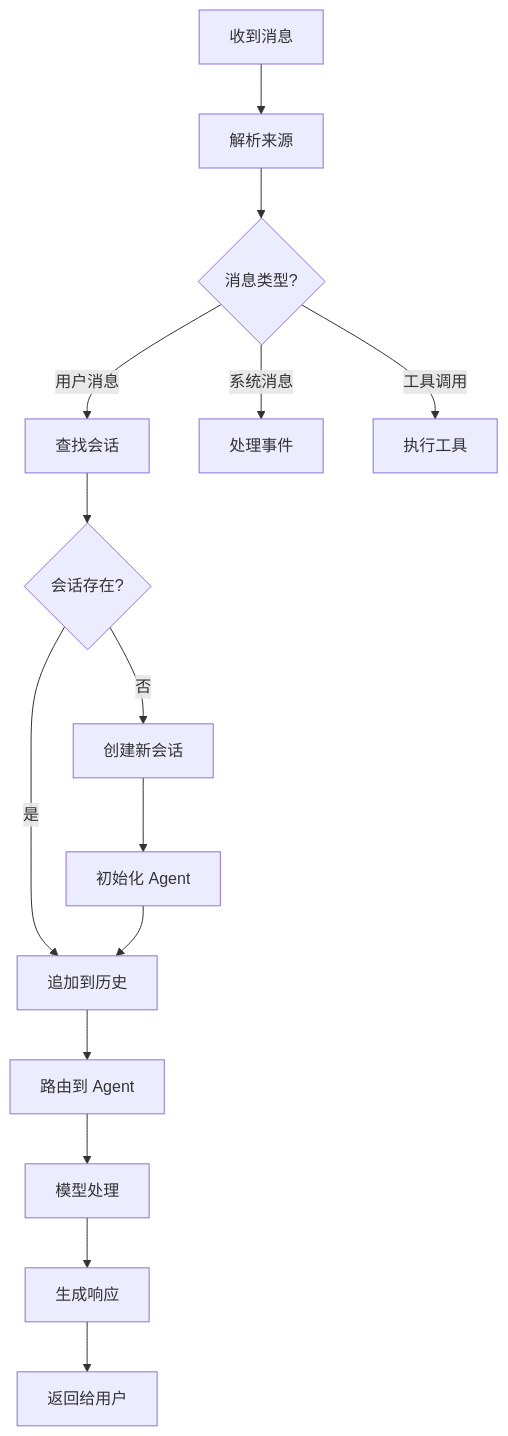
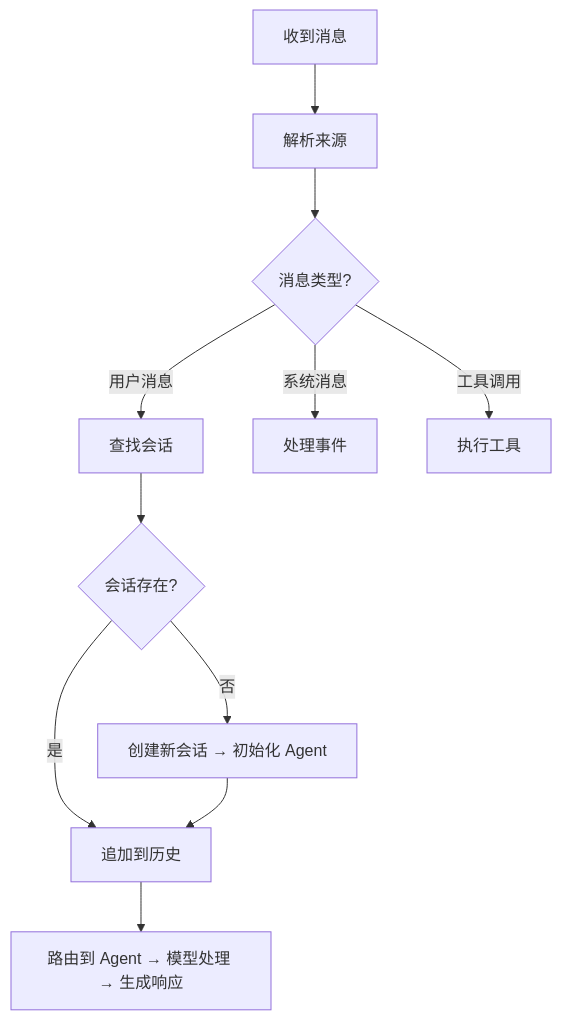
Before and after one commit to caicongyang/bloger: the eighth of 19 diagrams in openclaw/FAQ.md, drawn with Mermaid. The commit also changed other lines of this file and 13 other files, not shown here.

````diff
--- a/openclaw/FAQ.md
+++ b/openclaw/FAQ.md
@@ -514,19 +442,13 @@
 ```mermaid
 flowchart TD
     A[收到消息] --> B[解析来源]
     B --> C{消息类型?}
     C -->|用户消息| D[查找会话]
     C -->|系统消息| E[处理事件]
     C -->|工具调用| F[执行工具]
-    
     D --> G{会话存在?}
     G -->|是| H[追加到历史]
-    G -->|否| I[创建新会话]
-    I --> J[初始化 Agent]
-    J --> H
-    
-    H --> K[路由到 Agent]
-    K --> L[模型处理]
-    L --> M[生成响应]
-    M --> N[返回给用户]
+    G -->|否| I[创建新会话 → 初始化 Agent]
+    I --> H
+    H --> K[路由到 Agent → 模型处理 → 生成响应]
 ```
````
